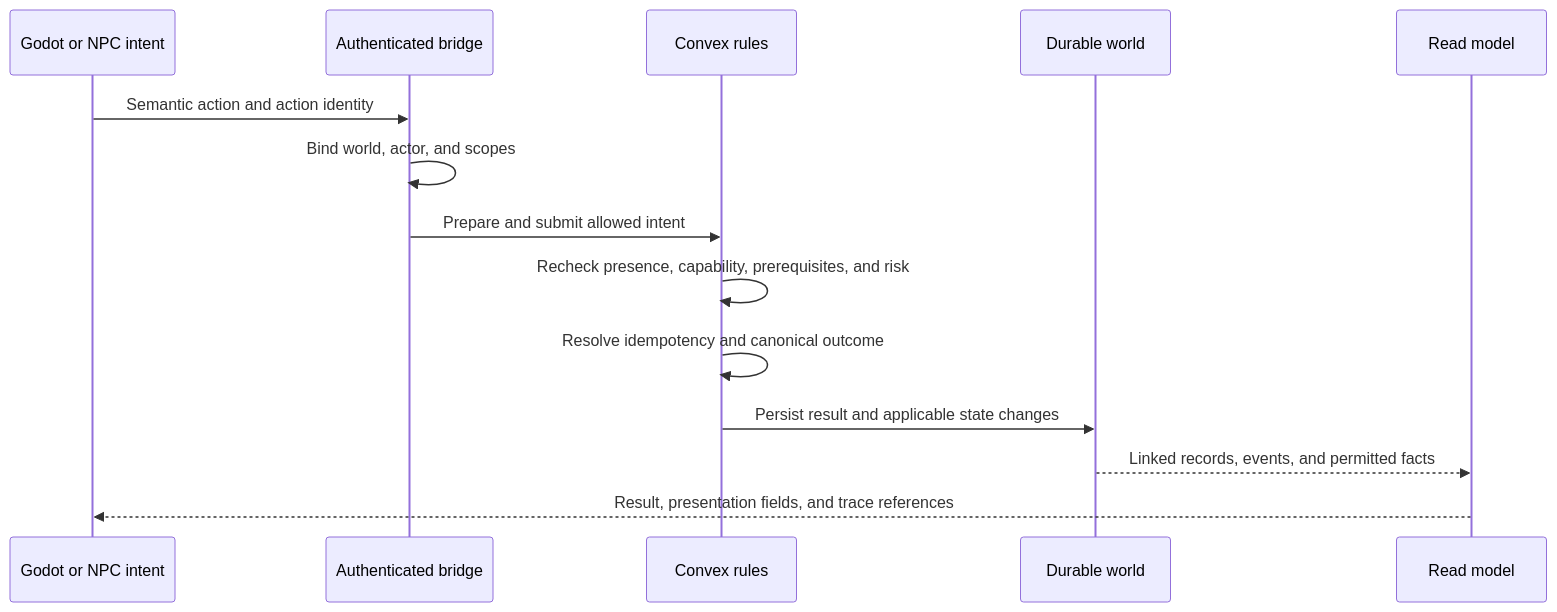
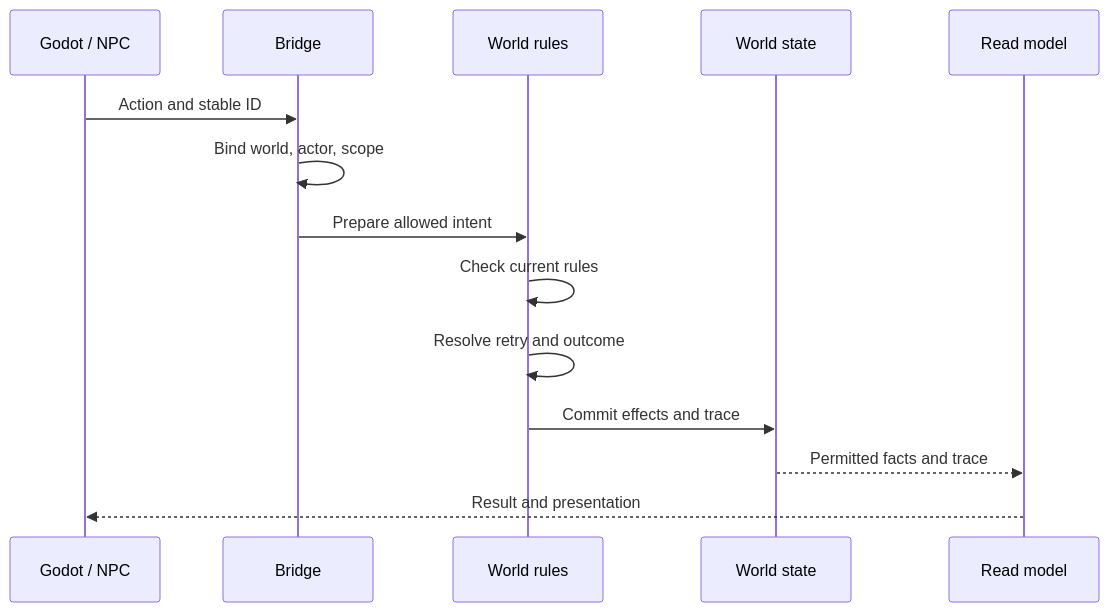
One commit to hX1-dev/worldweft changed the first of 4 diagrams in ARCHITECTURE.md. Above: the diagram before and after it, drawn with Mermaid.

Commit message:
Keep the action sequence readable in GitHub's embedded diagram

````diff
--- a/ARCHITECTURE.md
+++ b/ARCHITECTURE.md
@@ -26,16 +26,16 @@
 ```mermaid
 sequenceDiagram
-    participant C as Godot or NPC intent
-    participant B as Authenticated bridge
-    participant R as Convex rules
-    participant D as Durable world
+    participant C as Godot / NPC
+    participant B as Bridge
+    participant R as World rules
+    participant D as World state
     participant V as Read model
-    C->>B: Semantic action and action identity
-    B->>B: Bind world, actor, and scopes
-    B->>R: Prepare and submit allowed intent
-    R->>R: Recheck presence, capability, prerequisites, and risk
-    R->>R: Resolve idempotency and canonical outcome
-    R->>D: Persist result and applicable state changes
-    D-->>V: Linked records, events, and permitted facts
-    V-->>C: Result, presentation fields, and trace references
+    C->>B: Action and stable ID
+    B->>B: Bind world, actor, scope
+    B->>R: Prepare allowed intent
+    R->>R: Check current rules
+    R->>R: Resolve retry and outcome
+    R->>D: Commit effects and trace
+    D-->>V: Permitted facts and trace
+    V-->>C: Result and presentation
 ```
````
